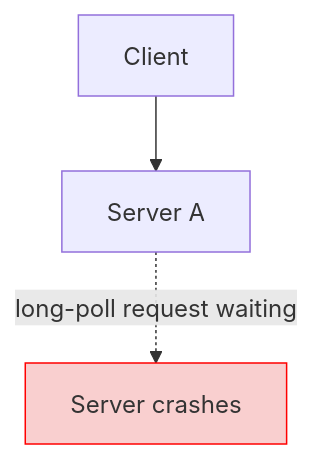
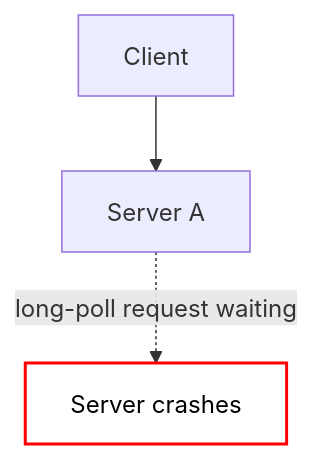
Before and after one commit to MohdMusaiyab/system-design: diagram 32 of 51 in Real_Time_Backend/02_Polling_And_Long_Polling.md, drawn with Mermaid. The commit also changed 2 other files, not shown here.

Commit message:
graph Fixes RTB

````diff
--- a/Real_Time_Backend/02_Polling_And_Long_Polling.md
+++ b/Real_Time_Backend/02_Polling_And_Long_Polling.md
@@ -1347,6 +1347,6 @@
 ```mermaid
 flowchart TD
     C["Client"] --> S["Server A"]
     S -.->|long-poll request waiting| CR["Server crashes"]
-    style CR fill:#f9cfcf,stroke:#ff0000
+    style CR fill:#ffffff,stroke:#ff0000,color:#000000,stroke-width:2px
 ```
````
